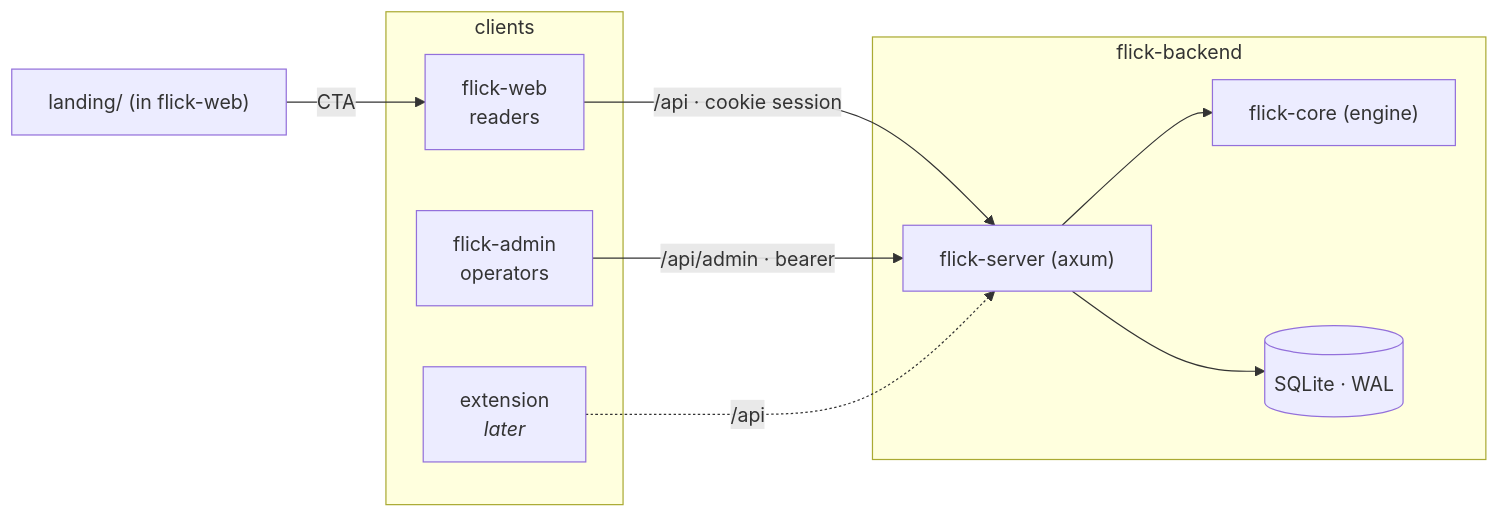
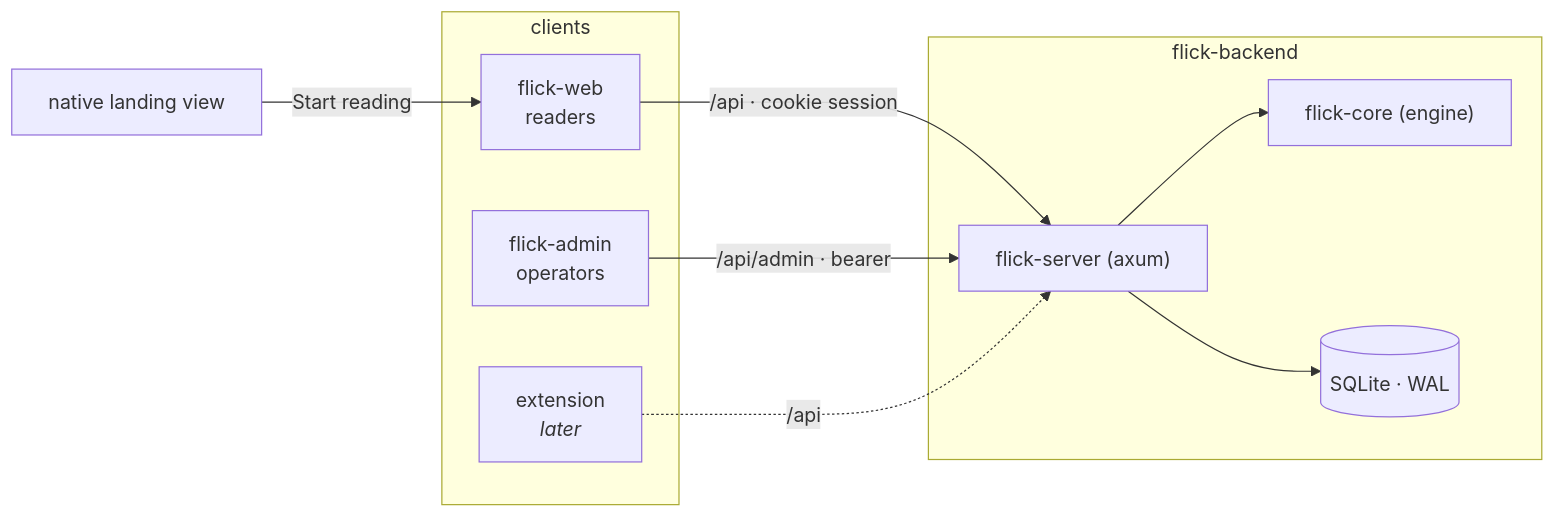
One commit to one-more-refactor/flick changed the first of 4 diagrams in docs/architecture.md. Above: the diagram before and after it, drawn with Mermaid. The commit also changed other lines of this file and 3 other files, not shown here.

First line of the commit message:
docs: the landing is native and myflick.app is the one origin

````diff
--- a/docs/architecture.md
+++ b/docs/architecture.md
@@ -24,16 +24,16 @@
 ```mermaid
 flowchart LR
     subgraph clients
         web["flick-web<br/>readers"]
         admin["flick-admin<br/>operators"]
         ext["extension<br/><i>later</i>"]
     end
-    landing["landing/ (in flick-web)"] -- "CTA" --> web
+    landing["native landing view"] -- "Start reading" --> web
     web -- "/api · cookie session" --> server
     admin -- "/api/admin · bearer" --> server
     ext -. "/api" .-> server
     subgraph flick-backend
         server["flick-server (axum)"] --> core["flick-core (engine)"]
         server --> db[("SQLite · WAL")]
     end
 ```
````
